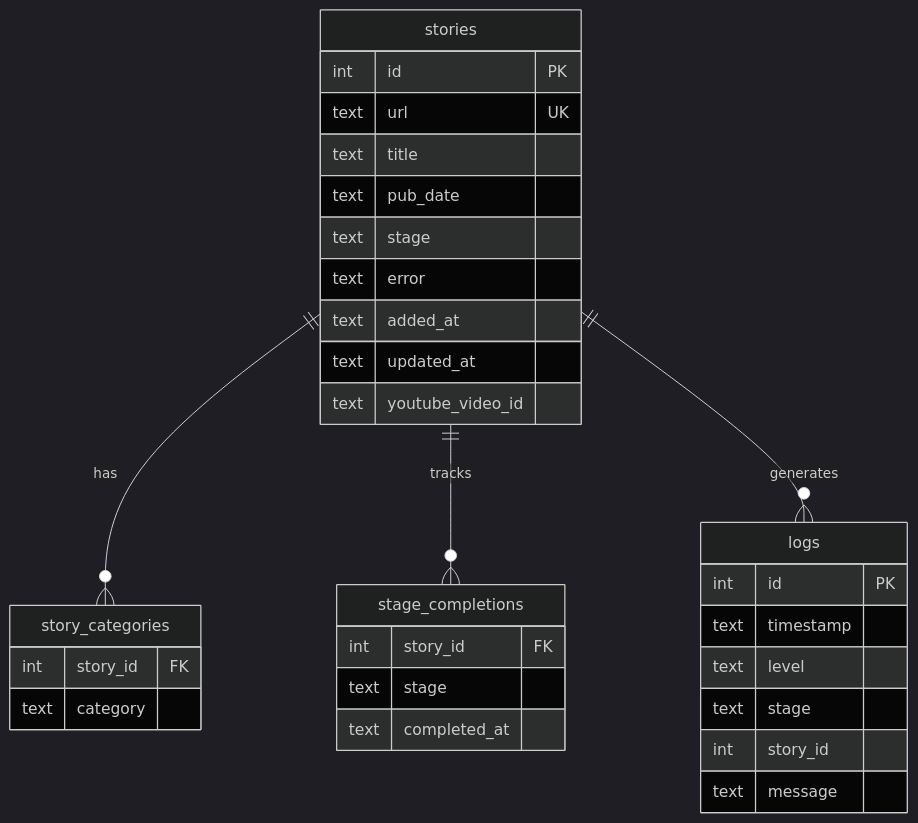
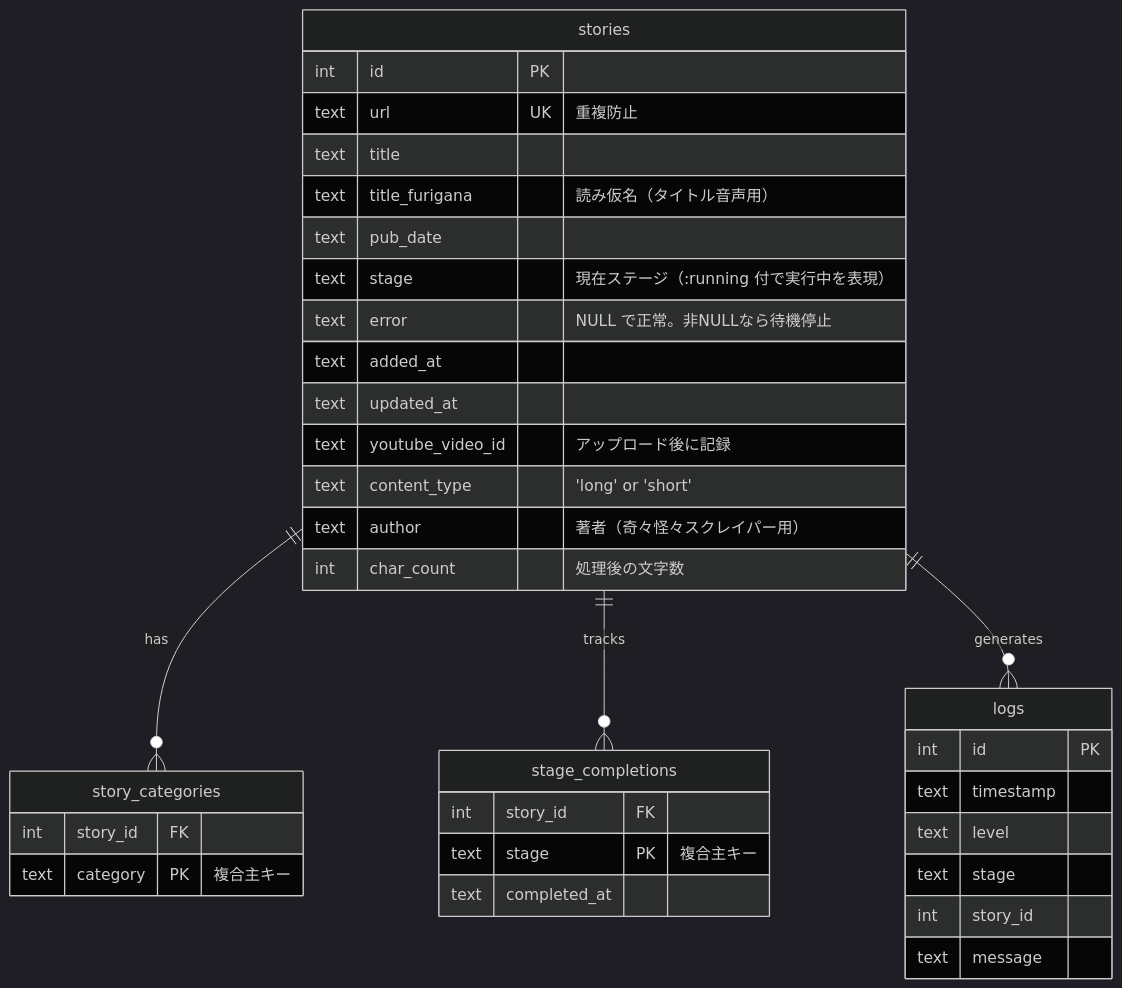
The fourth of 4 diagrams in README.md (kanade0525/kaidan-video-generator), drawn with Mermaid (dark theme) before and after one commit. The commit also changed other lines of this file and 9 other files, not shown here.

````diff
--- a/README.md
+++ b/README.md
@@ -178,38 +148,42 @@
 ```mermaid
 erDiagram
+    stories ||--o{ story_categories : "has"
+    stories ||--o{ stage_completions : "tracks"
+    stories ||--o{ logs : "generates"
+
     stories {
         int id PK
-        text url UK
+        text url UK "重複防止"
         text title
+        text title_furigana "読み仮名（タイトル音声用）"
         text pub_date
-        text stage
-        text error
+        text stage "現在ステージ（:running 付で実行中を表現）"
+        text error "NULL で正常。非NULLなら待機停止"
         text added_at
         text updated_at
-        text youtube_video_id
+        text youtube_video_id "アップロード後に記録"
+        text content_type "'long' or 'short'"
+        text author "著者（奇々怪々スクレイパー用）"
+        int  char_count "処理後の文字数"
     }
 
     story_categories {
-        int story_id FK
-        text category
+        int  story_id FK
+        text category PK "複合主キー"
     }
 
     stage_completions {
-        int story_id FK
-        text stage
+        int  story_id FK
+        text stage PK "複合主キー"
         text completed_at
     }
 
     logs {
-        int id PK
+        int  id PK
         text timestamp
         text level
         text stage
-        int story_id
+        int  story_id
         text message
     }
-
-    stories ||--o{ story_categories : "has"
-    stories ||--o{ stage_completions : "tracks"
-    stories ||--o{ logs : "generates"
 ```
````
